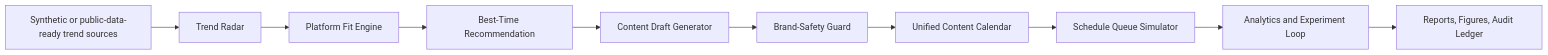
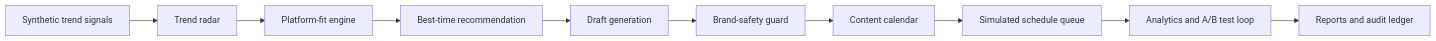
The diagram in README.md (Hirakhyzer/ai-social-media-intelligence-scheduler-os), drawn with Mermaid before and after one commit. The commit also changed other lines of this file, not shown here.

````diff
--- a/README.md
+++ b/README.md
@@ -36,12 +63,12 @@
 ```mermaid
 flowchart LR
-  A[Synthetic or public-data-ready trend sources] --> B[Trend Radar]
-  B --> C[Platform Fit Engine]
-  C --> D[Best-Time Recommendation]
-  D --> E[Content Draft Generator]
-  E --> F[Brand-Safety Guard]
-  F --> G[Unified Content Calendar]
-  G --> H[Schedule Queue Simulator]
-  H --> I[Analytics and Experiment Loop]
-  I --> J[Reports, Figures, Audit Ledger]
+  A[Synthetic trend signals] --> B[Trend radar]
+  B --> C[Platform-fit engine]
+  C --> D[Best-time recommendation]
+  D --> E[Draft generation]
+  E --> F[Brand-safety guard]
+  F --> G[Content calendar]
+  G --> H[Simulated schedule queue]
+  H --> I[Analytics and A/B test loop]
+  I --> J[Reports and audit ledger]
 ```
````
